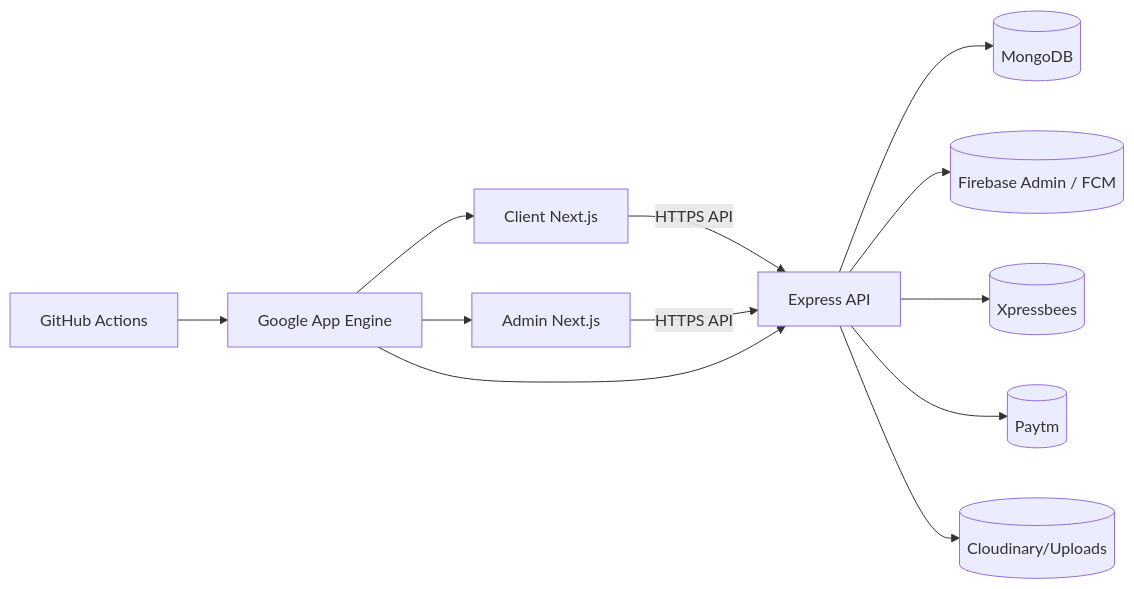
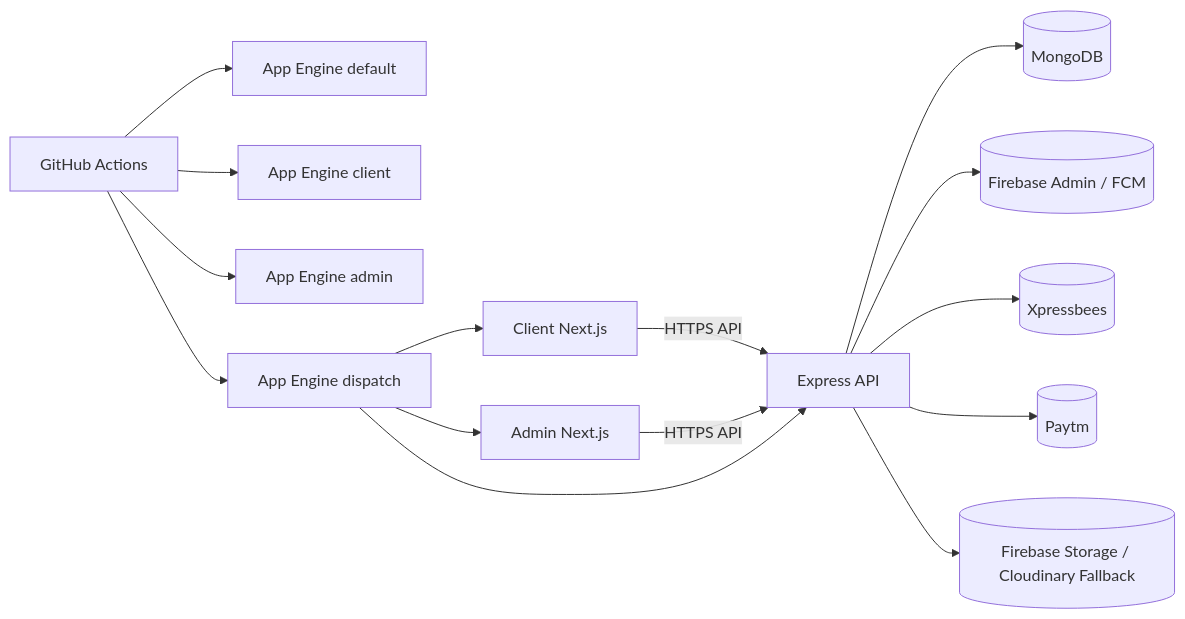
Before and after one commit to Sagar-Agrawal588/AnanyaBoutique: the first of 3 diagrams in README.md, drawn with Mermaid. The commit also changed other lines of this file and 60 other files, not shown here.

````diff
--- a/README.md
+++ b/README.md
@@ -11,14 +11,17 @@
 ```mermaid
 flowchart LR
   C[Client Next.js] -->|HTTPS API| B[Express API]
   A[Admin Next.js] -->|HTTPS API| B
   B --> M[(MongoDB)]
   B --> F[(Firebase Admin / FCM)]
   B --> X[(Xpressbees)]
   B --> P[(Paytm)]
-  B --> U[(Cloudinary/Uploads)]
-  GH[GitHub Actions] --> GAE[Google App Engine]
-  GAE --> C
-  GAE --> A
-  GAE --> B
+  B --> U[(Firebase Storage / Cloudinary Fallback)]
+  GH[GitHub Actions] --> AE1[App Engine default]
+  GH --> AE2[App Engine client]
+  GH --> AE3[App Engine admin]
+  GH --> D[App Engine dispatch]
+  D --> C
+  D --> A
+  D --> B
 ```
````
